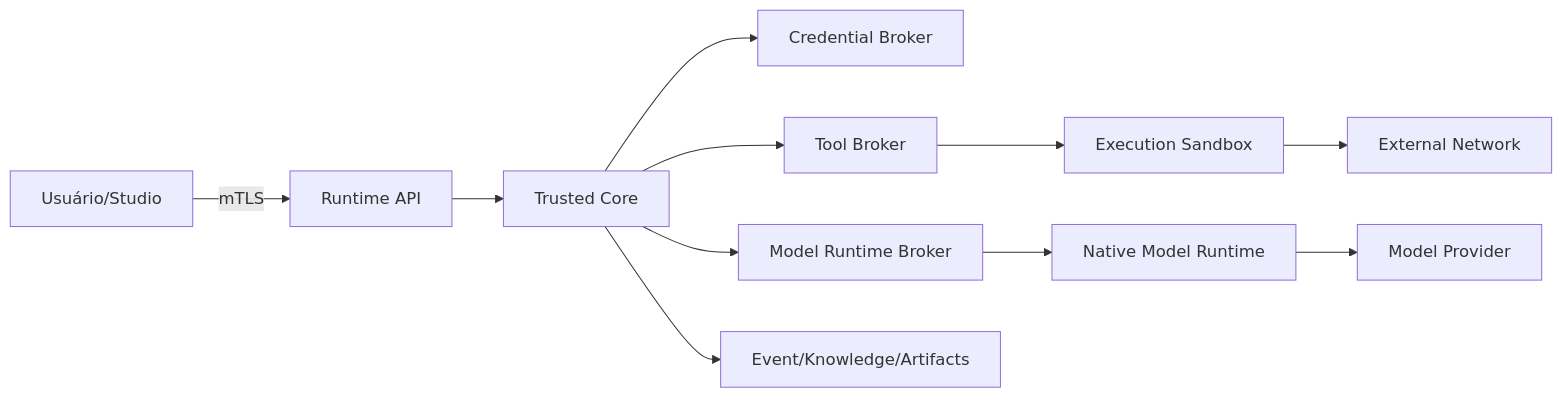
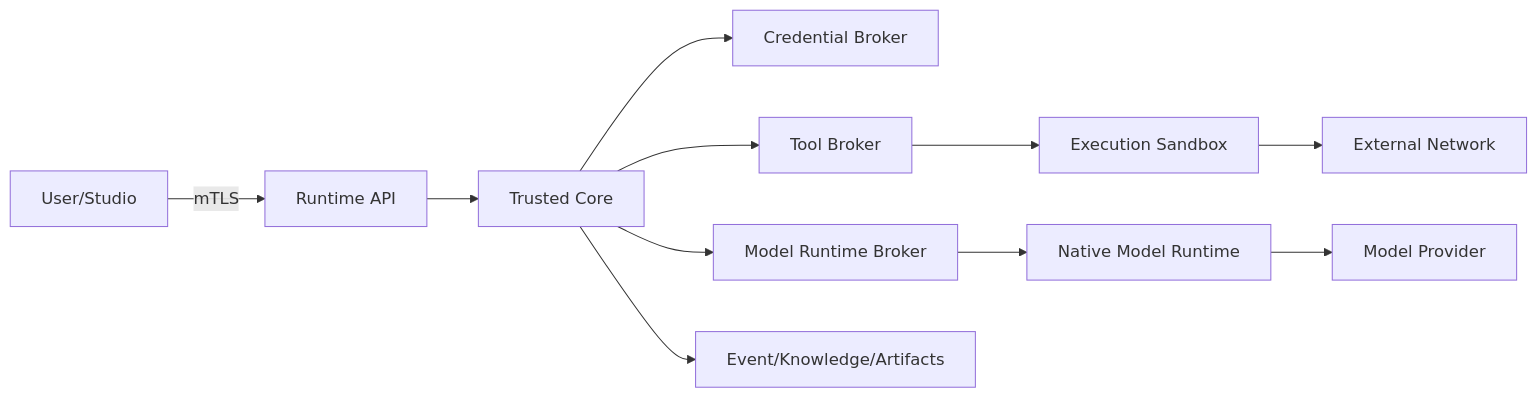
Before and after one commit to stabem/GraphHelm: the diagram in docs/security/SECURITY_ISOLATION_THREAT_MODEL.md, drawn with Mermaid. The commit also changed other lines of this file and 25 other files, not shown here.

````diff
--- a/docs/security/SECURITY_ISOLATION_THREAT_MODEL.md
+++ b/docs/security/SECURITY_ISOLATION_THREAT_MODEL.md
@@ -27,13 +27,13 @@
 ```mermaid
 flowchart LR
-    U[Usuário/Studio] -->|mTLS| API[Runtime API]
+    U[User/Studio] -->|mTLS| API[Runtime API]
     API --> CORE[Trusted Core]
     CORE --> CB[Credential Broker]
     CORE --> TB[Tool Broker]
     CORE --> MG[Model Runtime Broker]
     TB --> SBX[Execution Sandbox]
     MG --> MR[Native Model Runtime]
     SBX --> NET[External Network]
     MR --> PROV[Model Provider]
     CORE --> STORES[Event/Knowledge/Artifacts]
 ```
````
